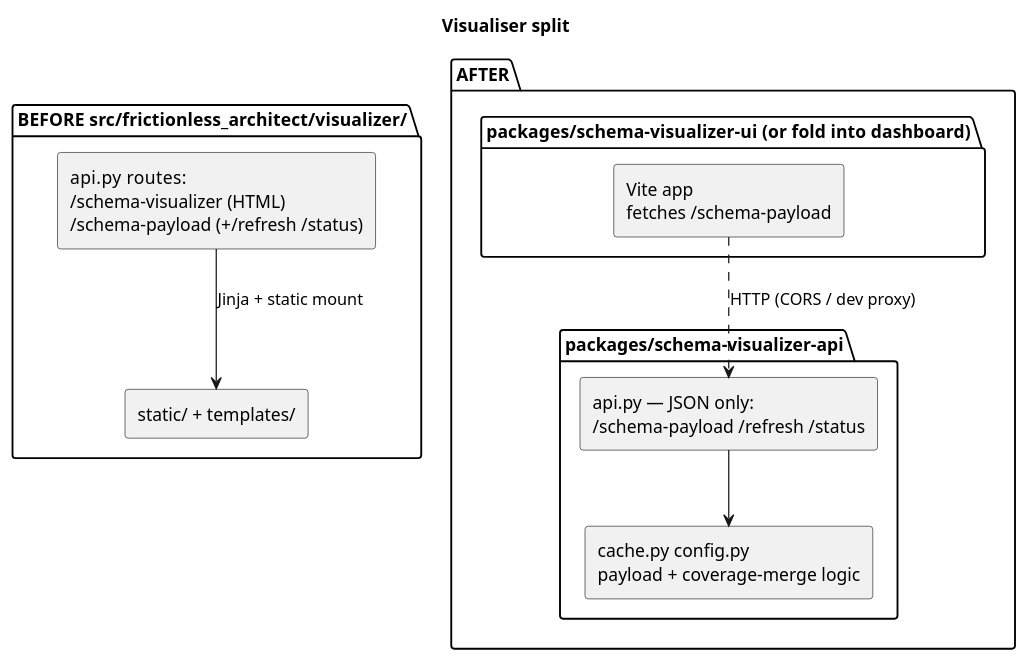
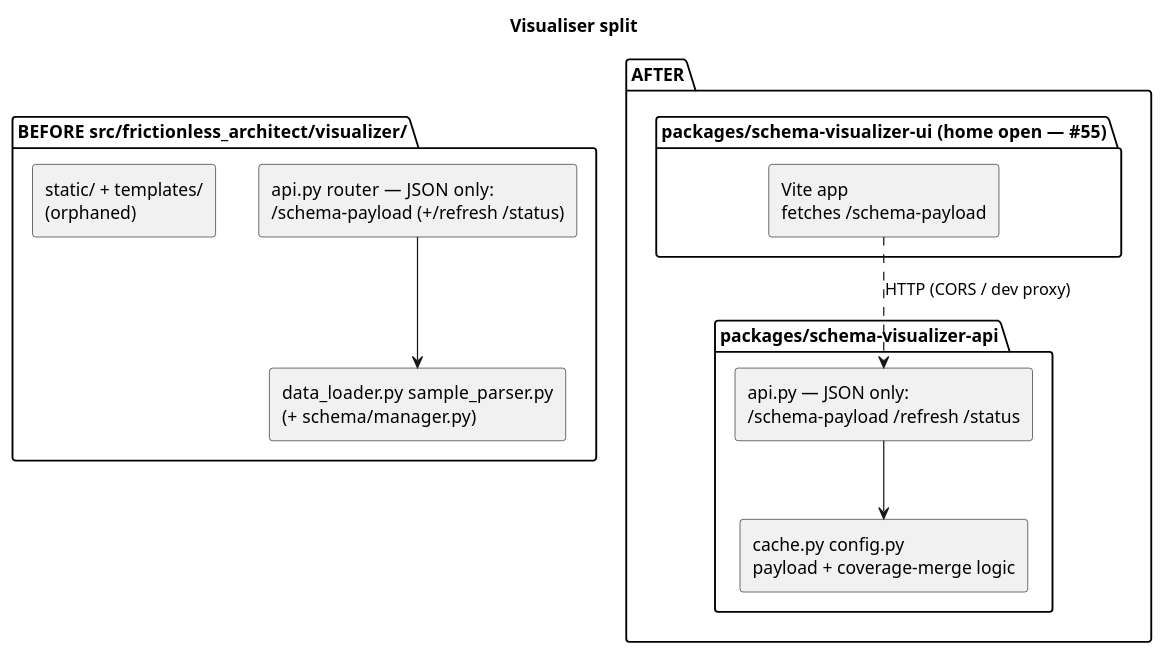
One commit to wolffy-au/frictionless-architect changed the third of 3 diagrams in ARCHITECTURE.md. Above: the diagram before and after it, drawn with PlantUML. The commit also changed other lines of this file and 114 other files, not shown here.

````diff
--- a/ARCHITECTURE.md
+++ b/ARCHITECTURE.md
@@ -295,24 +273,25 @@
 ```plantuml
 @startuml
 title Visualiser split
 skinparam componentStyle rectangle
 
 package "BEFORE  src/frictionless_architect/visualizer/" {
-  [api.py  routes:\n/schema-visualizer (HTML)\n/schema-payload (+/refresh /status)] as before_api
-  [static/ + templates/] as before_ui
-  before_api --> before_ui : Jinja + static mount
+  [api.py  router — JSON only:\n/schema-payload (+/refresh /status)] as before_api
+  [data_loader.py sample_parser.py\n(+ schema/manager.py)] as before_kg
+  [static/ + templates/\n(orphaned)] as before_ui
+  before_api --> before_kg
 }
 
 package "AFTER" {
   package "packages/schema-visualizer-api" {
     [api.py — JSON only:\n/schema-payload /refresh /status] as after_api
     [cache.py config.py\npayload + coverage-merge logic] as after_lib
     after_api --> after_lib
   }
-  package "packages/schema-visualizer-ui  (or fold into dashboard)" {
+  package "packages/schema-visualizer-ui  (home open — #55)" {
     [Vite app\nfetches /schema-payload] as after_ui
   }
   after_ui ..> after_api : HTTP (CORS / dev proxy)
 }
 @enduml
 ```
````
